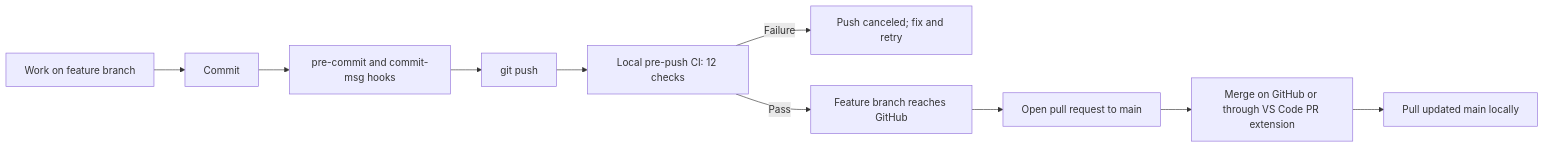
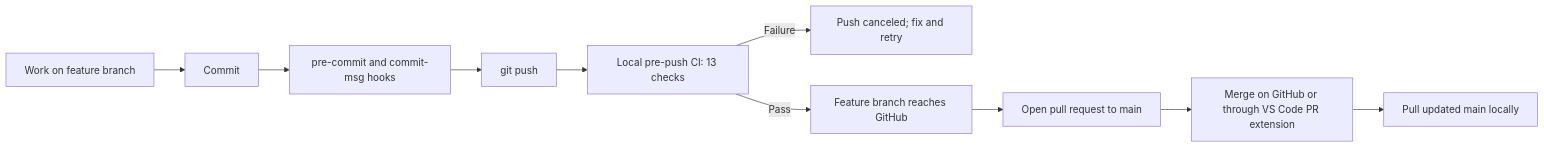
One commit to kuyajp123/devventory changed the diagram in docs/local-ci-protected-main-workflow-manual.md. Above: the diagram before and after it, drawn with Mermaid. The commit also changed other lines of this file and 7 other files, not shown here.

Commit message:
chore: update pre-push hook to run tests

````diff
--- a/docs/local-ci-protected-main-workflow-manual.md
+++ b/docs/local-ci-protected-main-workflow-manual.md
@@ -38,12 +38,12 @@
 ```mermaid
 flowchart LR
     A["Work on feature branch"] --> B["Commit"]
     B --> C["pre-commit and commit-msg hooks"]
     C --> D["git push"]
-    D --> E["Local pre-push CI: 12 checks"]
+    D --> E["Local pre-push CI: 13 checks"]
     E -->|"Failure"| F["Push canceled; fix and retry"]
     E -->|"Pass"| G["Feature branch reaches GitHub"]
     G --> H["Open pull request to main"]
     H --> I["Merge on GitHub or through VS Code PR extension"]
     I --> J["Pull updated main locally"]
 ```
````
